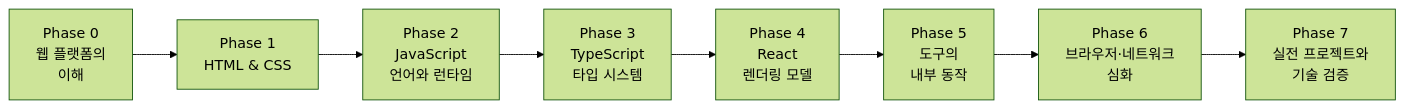
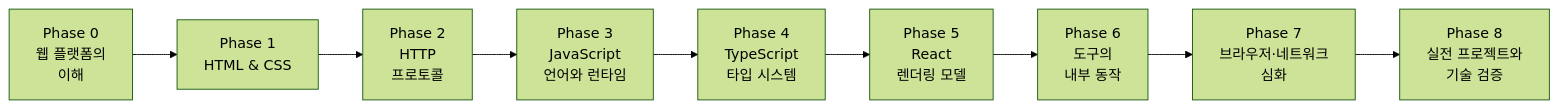
One commit to lee-gyu/web-fe-roadmap-study changed the diagram in ROADMAP.md. Above: the diagram before and after it, drawn with Mermaid (forest theme). The commit also changed other lines of this file, not shown here.

Commit message:
Phase 2를 HTTP 프로토콜 이해 과정으로 수정

````diff
--- a/ROADMAP.md
+++ b/ROADMAP.md
@@ -30,10 +30,11 @@
 ```mermaid
 flowchart LR
     P0["Phase 0<br/>웹 플랫폼의<br/>이해"] --> P1["Phase 1<br/>HTML & CSS"]
-    P1 --> P2["Phase 2<br/>JavaScript<br/>언어와 런타임"]
-    P2 --> P3["Phase 3<br/>TypeScript<br/>타입 시스템"]
-    P3 --> P4["Phase 4<br/>React<br/>렌더링 모델"]
-    P4 --> P5["Phase 5<br/>도구의<br/>내부 동작"]
-    P5 --> P6["Phase 6<br/>브라우저·네트워크<br/>심화"]
-    P6 --> P7["Phase 7<br/>실전 프로젝트와<br/>기술 검증"]
+    P1 --> P2["Phase 2<br/>HTTP<br/>프로토콜"]
+    P2 --> P3["Phase 3<br/>JavaScript<br/>언어와 런타임"]
+    P3 --> P4["Phase 4<br/>TypeScript<br/>타입 시스템"]
+    P4 --> P5["Phase 5<br/>React<br/>렌더링 모델"]
+    P5 --> P6["Phase 6<br/>도구의<br/>내부 동작"]
+    P6 --> P7["Phase 7<br/>브라우저·네트워크<br/>심화"]
+    P7 --> P8["Phase 8<br/>실전 프로젝트와<br/>기술 검증"]
 ```
````
